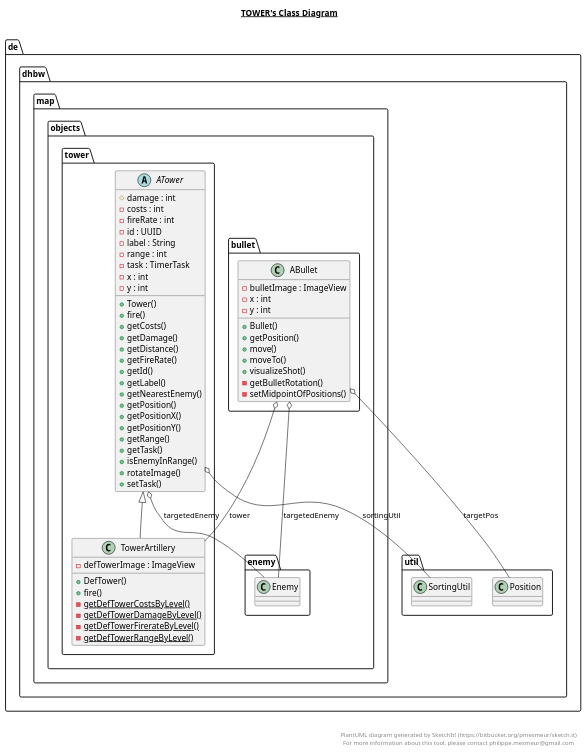
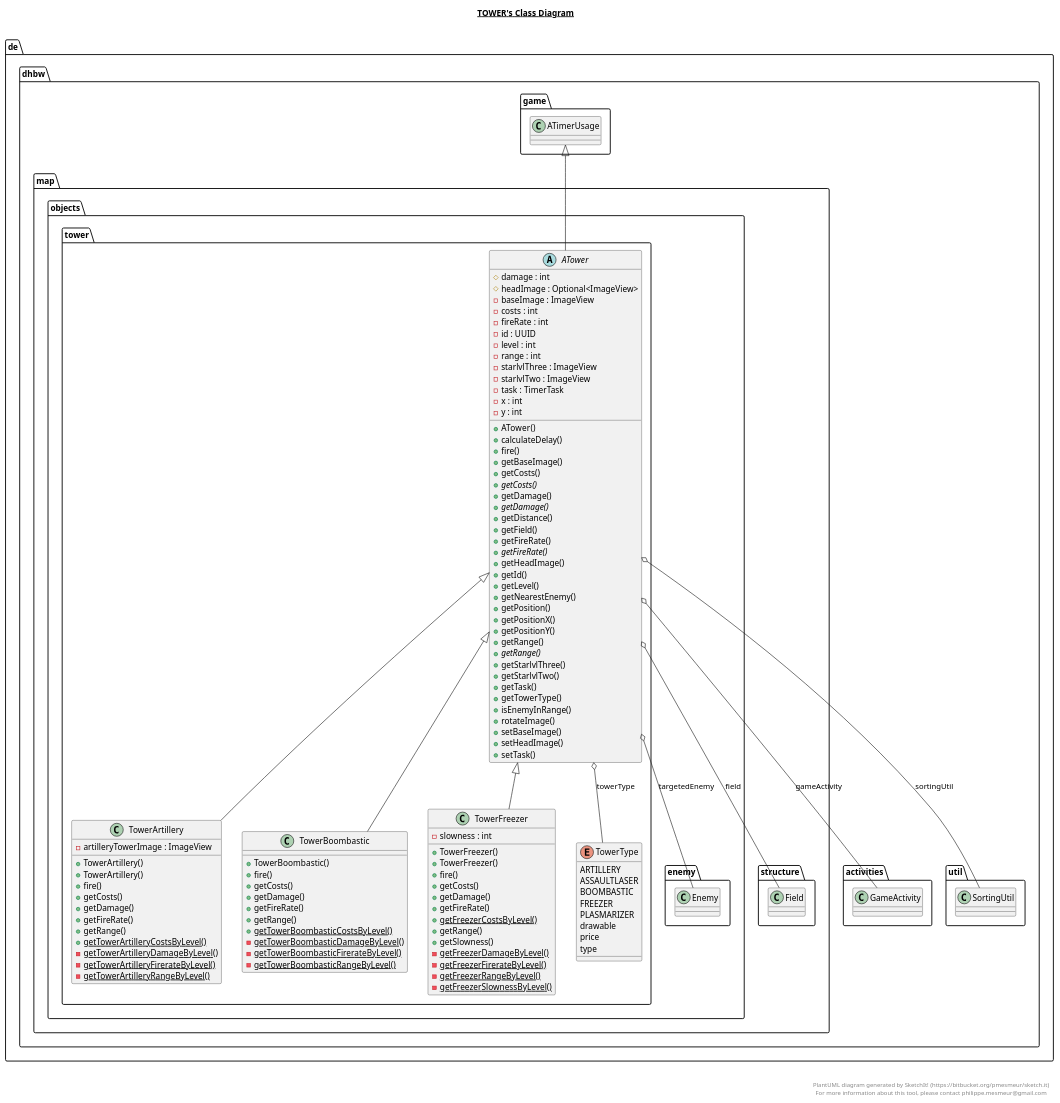
The diagram in app/src/main/java/de/dhbw/map/objects/tower/tower.plantuml (niwa99/Tower-Defense), drawn with PlantUML before and after one commit. The commit also changed 14 other files, not shown here.

Commit message:
[DHTD-105] update of class diagram files

```diff
--- a/app/src/main/java/de/dhbw/map/objects/tower/tower.plantuml
+++ b/app/src/main/java/de/dhbw/map/objects/tower/tower.plantuml
@@ -1,87 +1,150 @@
 @startuml
 
 title __TOWER's Class Diagram__\n
 
   namespace de.dhbw {
     namespace map.objects.tower {
-      class de.dhbw.map.objects.bullet.ABullet {
-          - bulletImage : ImageView
+      abstract class de.dhbw.map.objects.tower.ATower {
+          # damage : int
+          # headImage : Optional<ImageView>
+          - baseImage : ImageView
+          - costs : int
+          - fireRate : int
+          - id : UUID
+          - level : int
+          - range : int
+          - starlvlThree : ImageView
+          - starlvlTwo : ImageView
+          - task : TimerTask
           - x : int
           - y : int
-          + Bullet()
+          + ATower()
+          + calculateDelay()
+          + fire()
+          + getBaseImage()
+          + getCosts()
+          {abstract} + getCosts()
+          + getDamage()
+          {abstract} + getDamage()
+          + getDistance()
+          + getField()
+          + getFireRate()
+          {abstract} + getFireRate()
+          + getHeadImage()
+          + getId()
+          + getLevel()
+          + getNearestEnemy()
           + getPosition()
-          + move()
-          + moveTo()
-          + visualizeShot()
-          - getBulletRotation()
-          - setMidpointOfPositions()
+          + getPositionX()
+          + getPositionY()
+          + getRange()
+          {abstract} + getRange()
+          + getStarlvlThree()
+          + getStarlvlTwo()
+          + getTask()
+          + getTowerType()
+          + isEnemyInRange()
+          + rotateImage()
+          + setBaseImage()
+          + setHeadImage()
+          + setTask()
       }
     }
   }
   
 
   namespace de.dhbw {
     namespace map.objects.tower {
       class de.dhbw.map.objects.tower.TowerArtillery {
-          - defTowerImage : ImageView
-          + DefTower()
+          - artilleryTowerImage : ImageView
+          + TowerArtillery()
+          + TowerArtillery()
           + fire()
-          {static} - getDefTowerCostsByLevel()
-          {static} - getDefTowerDamageByLevel()
-          {static} - getDefTowerFirerateByLevel()
-          {static} - getDefTowerRangeByLevel()
+          + getCosts()
+          + getDamage()
+          + getFireRate()
+          + getRange()
+          {static} + getTowerArtilleryCostsByLevel()
+          {static} - getTowerArtilleryDamageByLevel()
+          {static} - getTowerArtilleryFirerateByLevel()
+          {static} - getTowerArtilleryRangeByLevel()
       }
     }
   }
   
 
   namespace de.dhbw {
     namespace map.objects.tower {
-      abstract class de.dhbw.map.objects.tower.ATower {
-          # damage : int
-          - costs : int
-          - fireRate : int
-          - id : UUID
-          - label : String
-          - range : int
-          - task : TimerTask
-          - x : int
-          - y : int
-          + Tower()
+      class de.dhbw.map.objects.tower.TowerBoombastic {
+          + TowerBoombastic()
           + fire()
           + getCosts()
           + getDamage()
-          + getDistance()
           + getFireRate()
-          + getId()
-          + getLabel()
-          + getNearestEnemy()
-          + getPosition()
-          + getPositionX()
-          + getPositionY()
           + getRange()
-          + getTask()
-          + isEnemyInRange()
-          + rotateImage()
-          + setTask()
+          {static} + getTowerBoombasticCostsByLevel()
+          {static} - getTowerBoombasticDamageByLevel()
+          {static} - getTowerBoombasticFirerateByLevel()
+          {static} - getTowerBoombasticRangeByLevel()
       }
     }
   }
   
 
-  de.dhbw.map.objects.bullet.ABullet o-- de.dhbw.util.Position : targetPos
-  de.dhbw.map.objects.bullet.ABullet o-- de.dhbw.map.objects.enemy.Enemy : targetedEnemy
-  de.dhbw.map.objects.bullet.ABullet o-- de.dhbw.map.objects.tower.TowerArtillery : tower
+  namespace de.dhbw {
+    namespace map.objects.tower {
+      class de.dhbw.map.objects.tower.TowerFreezer {
+          - slowness : int
+          + TowerFreezer()
+          + TowerFreezer()
+          + fire()
+          + getCosts()
+          + getDamage()
+          + getFireRate()
+          {static} + getFreezerCostsByLevel()
+          + getRange()
+          + getSlowness()
+          {static} - getFreezerDamageByLevel()
+          {static} - getFreezerFirerateByLevel()
+          {static} - getFreezerRangeByLevel()
+          {static} - getFreezerSlownessByLevel()
+      }
+    }
+  }
+  
+
+  namespace de.dhbw {
+    namespace map.objects.tower {
+      enum TowerType {
+        ARTILLERY
+        ASSAULTLASER
+        BOOMBASTIC
+        FREEZER
+        PLASMARIZER
+        drawable
+        price
+        type
+      }
+    }
+  }
+  
+
+  de.dhbw.map.objects.tower.ATower -up-|> de.dhbw.game.ATimerUsage
+  de.dhbw.map.objects.tower.ATower o-- de.dhbw.activities.GameActivity : gameActivity
+  de.dhbw.map.objects.tower.ATower o-- de.dhbw.map.objects.enemy.Enemy : targetedEnemy
+  de.dhbw.map.objects.tower.ATower o-- de.dhbw.map.structure.Field : field
+  de.dhbw.map.objects.tower.ATower o-- de.dhbw.util.SortingUtil : sortingUtil
+  de.dhbw.map.objects.tower.ATower o-- de.dhbw.map.objects.tower.TowerType : towerType
   de.dhbw.map.objects.tower.TowerArtillery -up-|> de.dhbw.map.objects.tower.ATower
-  de.dhbw.map.objects.tower.ATower o-- de.dhbw.map.objects.enemy.Enemy : targetedEnemy
-  de.dhbw.map.objects.tower.ATower o-- de.dhbw.util.SortingUtil : sortingUtil
+  de.dhbw.map.objects.tower.TowerBoombastic -up-|> de.dhbw.map.objects.tower.ATower
+  de.dhbw.map.objects.tower.TowerFreezer -up-|> de.dhbw.map.objects.tower.ATower
 
 
 right footer
 
 
 PlantUML diagram generated by SketchIt! (https://bitbucket.org/pmesmeur/sketch.it)
 For more information about this tool, please contact philippe.mesmeur@gmail.com
 endfooter
 
 @enduml
```
